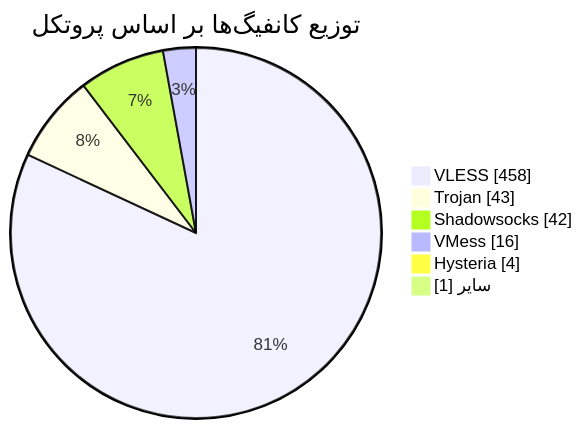
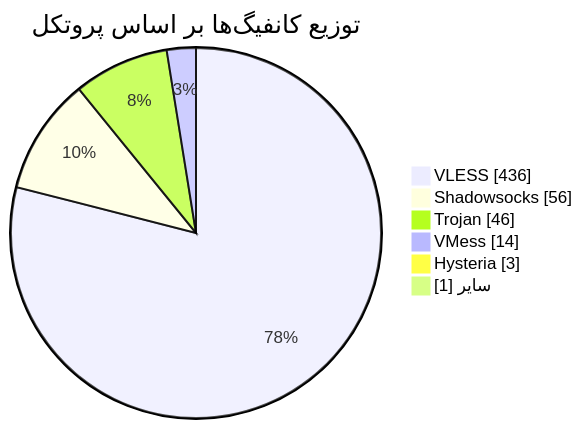
Before and after one commit to Arian-Alijani/Somthing: the diagram in README.md, drawn with Mermaid. The commit also changed other lines of this file and 93 other files, not shown here.

````diff
--- a/README.md
+++ b/README.md
@@ -48,10 +48,10 @@
 ```mermaid
 pie showData
     title توزیع کانفیگ‌ها بر اساس پروتکل
-    "VLESS" : 458
-    "Trojan" : 43
-    "Shadowsocks" : 42
-    "VMess" : 16
-    "Hysteria" : 4
+    "VLESS" : 436
+    "Shadowsocks" : 56
+    "Trojan" : 46
+    "VMess" : 14
+    "Hysteria" : 3
     "سایر" : 1
 ```
````
